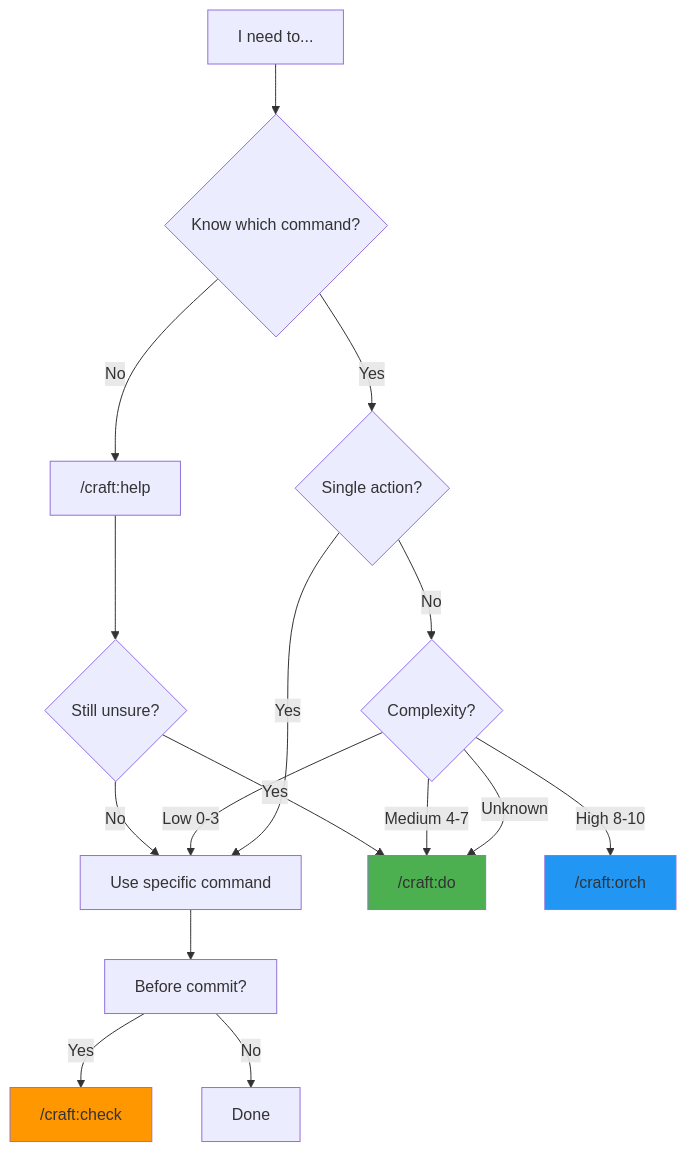
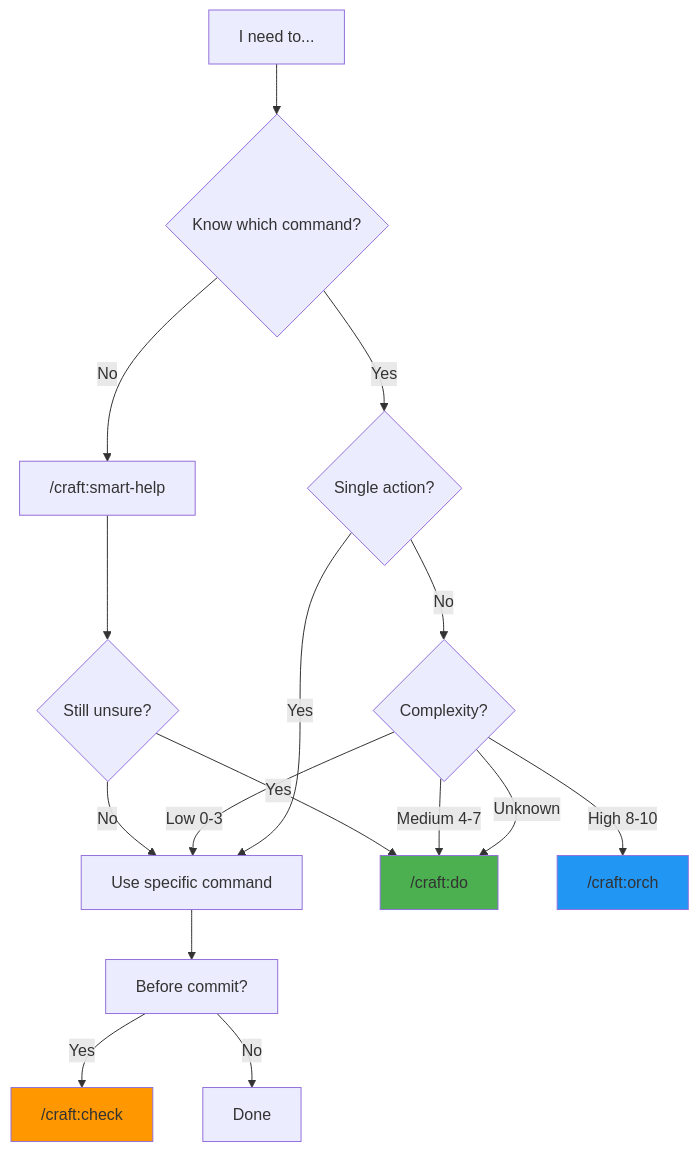
Before and after one commit to Data-Wise/craft: the diagram in docs/commands/smart.md, drawn with Mermaid. The commit also changed other lines of this file and 40 other files, not shown here.

````diff
--- a/docs/commands/smart.md
+++ b/docs/commands/smart.md
@@ -497,24 +497,24 @@
 ```mermaid
 flowchart TD
     A[I need to...] --> B{Know which command?}
-    B -->|No| C["/craft:help"]
+    B -->|No| C["/craft:smart-help"]
     B -->|Yes| D{Single action?}
     D -->|Yes| E[Use specific command]
     D -->|No| F{Complexity?}
     F -->|Unknown| G["/craft:do"]
     F -->|High 8-10| H["/craft:orch"]
     F -->|Medium 4-7| G
     F -->|Low 0-3| E
 
     C --> I{Still unsure?}
     I -->|Yes| G
     I -->|No| E
 
     E --> J[Before commit?]
     J -->|Yes| K["/craft:check"]
     J -->|No| L[Done]
 
     style G fill:#4CAF50
     style H fill:#2196F3
     style K fill:#FF9800
 ```
````
